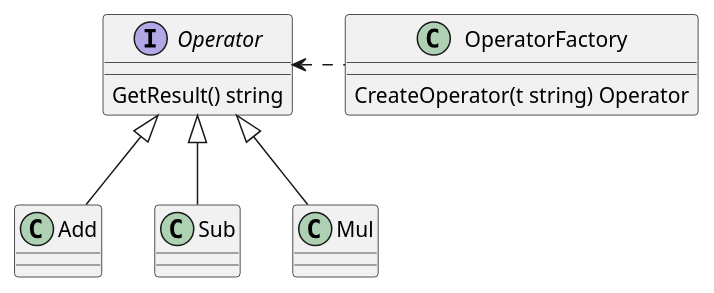
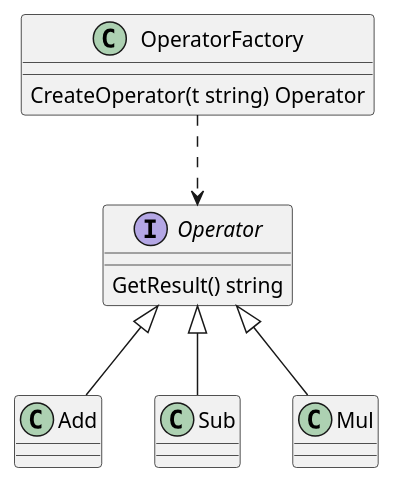
The first of 3 diagrams in 学习中心/01-技术栈/系统设计/设计模式/工厂模式.md (ningzhaoxing/study_note), drawn with PlantUML before and after one commit. The commit also changed other lines of this file and 182 other files, not shown here.

````diff
--- a/学习中心/01-技术栈/系统设计/设计模式/工厂模式.md
+++ b/学习中心/01-技术栈/系统设计/设计模式/工厂模式.md
@@ -6,23 +28,19 @@
-``` plantuml
+```plantuml
 interface Operator {
-	GetResult() string
+    GetResult() string
 }
 
-class Add {
-}
-
-class Sub {
-}
-
+class Add {}
+class Sub {}
 class Mul {}
 
 Add --u|> Operator
 Sub --u|> Operator
 Mul --u|> Operator
 
-class OperatorFactory{
-	CreateOperator(t string) Operator 
+class OperatorFactory {
+    CreateOperator(t string) Operator
 }
 
-OperatorFactory ..l> Operator
+OperatorFactory ..> Operator
 ```
````
